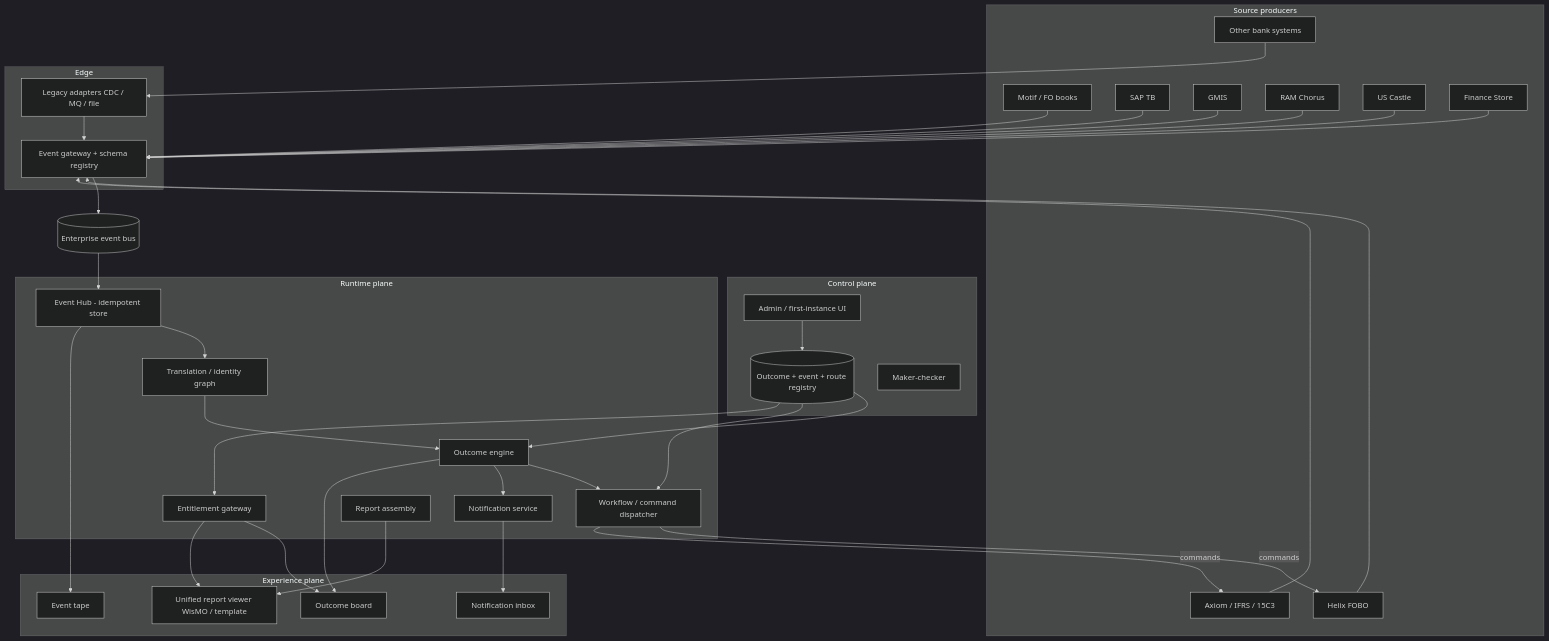
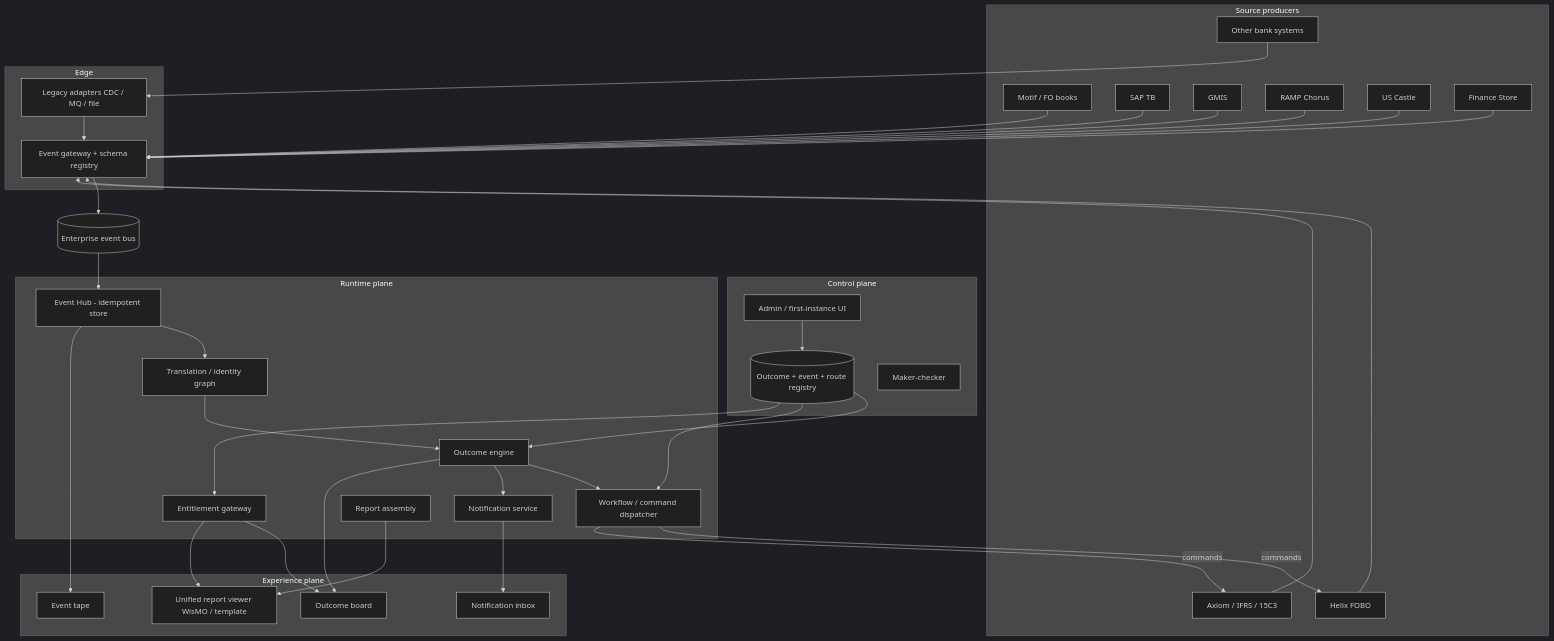
The diagram in docs/superpowers/specs/2026-09-12-enterprise-event-platform-design.md (praveen2025work/onefinuxdemo), drawn with Mermaid (dark theme) before and after one commit. The commit also changed other lines of this file and 9 other files, not shown here.

First line of the commit message:
rename: RAM source system to RAMP

````diff
--- a/docs/superpowers/specs/2026-09-12-enterprise-event-platform-design.md
+++ b/docs/superpowers/specs/2026-09-12-enterprise-event-platform-design.md
@@ -118,72 +118,72 @@
 ```mermaid
 flowchart TB
   subgraph producers [Source producers]
     Motif[Motif / FO books]
     SAP[SAP TB]
     GMIS[GMIS]
-    RAM[RAM Chorus]
+    RAMP[RAMP Chorus]
     Castle[US Castle]
     FinStore[Finance Store]
     Helix[Helix FOBO]
     Axiom[Axiom / IFRS / 15C3]
     Other[Other bank systems]
   end
 
   subgraph edge [Edge]
     GW[Event gateway + schema registry]
     Adapters[Legacy adapters CDC / MQ / file]
   end
 
   Bus[(Enterprise event bus)]
 
   subgraph control [Control plane]
     Admin[Admin / first-instance UI]
     Registry[(Outcome + event + route registry)]
     Maker[Maker-checker]
   end
 
   subgraph runtime [Runtime plane]
     Hub[Event Hub - idempotent store]
     XL[Translation / identity graph]
     Engine[Outcome engine]
     WF[Workflow / command dispatcher]
     Ntfy[Notification service]
     Ent[Entitlement gateway]
     Reports[Report assembly]
   end
 
   subgraph experience [Experience plane]
     Board[Outcome board]
     Inbox[Notification inbox]
     Viewer[Unified report viewer WisMO / template]
     Tape[Event tape]
   end
 
   Motif --> GW
   SAP --> GW
   GMIS --> GW
-  RAM --> GW
+  RAMP --> GW
   Castle --> GW
   FinStore --> GW
   Helix --> GW
   Axiom --> GW
   Other --> Adapters
   Adapters --> GW
   GW --> Bus
   Bus --> Hub
   Hub --> XL --> Engine
   Engine --> WF
   WF -->|commands| Helix
   WF -->|commands| Axiom
   Engine --> Ntfy
   Admin --> Registry
   Registry --> Engine
   Registry --> WF
   Registry --> Ent
   Ntfy --> Inbox
   Engine --> Board
   Reports --> Viewer
   Ent --> Board
   Ent --> Viewer
   Hub --> Tape
 ```
````
